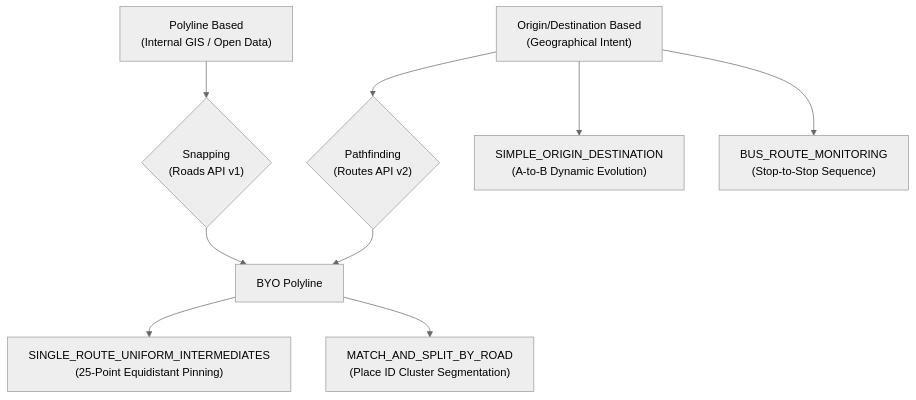
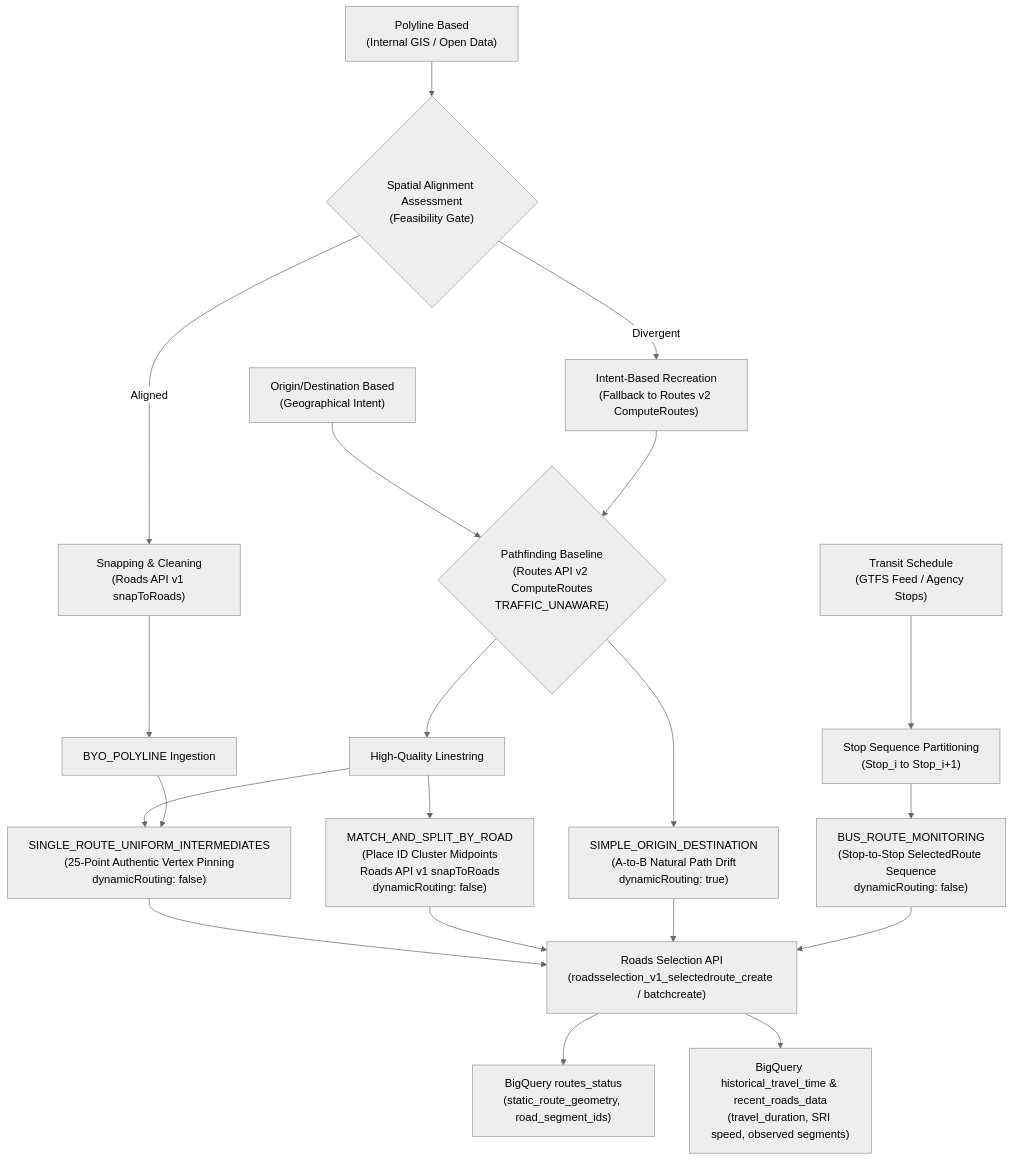
The first of 2 diagrams in roads_management_insights/.agents/skills/rmi-routesetting/SKILL.md (googlemaps-samples/insights-samples), drawn with Mermaid (neutral theme) before and after one commit. The commit also changed other lines of this file and 6 other files, not shown here.

````diff
--- a/roads_management_insights/.agents/skills/rmi-routesetting/SKILL.md
+++ b/roads_management_insights/.agents/skills/rmi-routesetting/SKILL.md
@@ -16,16 +16,31 @@
 ```mermaid
 graph TD
     %% Entry Points
-    EntryPL["Polyline Based<br/>(Internal GIS / Open Data)"] --> Snapping{"Snapping<br/>(Roads API v1)"}
-    EntryOD["Origin/Destination Based<br/>(Geographical Intent)"] --> Pathfinding{"Pathfinding<br/>(Routes API v2)"}
+    EntryPL["Polyline Based<br/>(Internal GIS / Open Data)"] --> Feasibility{"Spatial Alignment Assessment<br/>(Feasibility Gate)"}
+    EntryOD["Origin/Destination Based<br/>(Geographical Intent)"] --> Pathfinding{"Pathfinding Baseline<br/>(Routes API v2 ComputeRoutes<br/>TRAFFIC_UNAWARE)"}
+    EntryTransit["Transit Schedule<br/>(GTFS Feed / Agency Stops)"] --> BusHops["Stop Sequence Partitioning<br/>(Stop_i to Stop_i+1)"]
 
-    %% Intermediate Processing
-    Snapping --> BYOPLY["BYO Polyline"]
-    Pathfinding --> BYOPLY
+    %% Intermediate Processing & Fallback
+    Feasibility -- "Aligned" --> Snapping["Snapping & Cleaning<br/>(Roads API v1 snapToRoads)"]
+    Feasibility -- "Divergent" --> FallbackIntent["Intent-Based Recreation<br/>(Fallback to Routes v2 ComputeRoutes)"]
+    FallbackIntent --> Pathfinding
+    Snapping --> BYOPLY["BYO_POLYLINE Ingestion"]
+    Pathfinding --> RouteGeom["High-Quality Linestring"]
 
-    %% Primary Registration Approaches (The "Outputs")
-    BYOPLY --> SplitDistance["SINGLE_ROUTE_UNIFORM_INTERMEDIATES<br/>(25-Point Equidistant Pinning)"]
-    BYOPLY --> SplitRoad["MATCH_AND_SPLIT_BY_ROAD<br/>(Place ID Cluster Segmentation)"]
-    EntryOD --> OD["SIMPLE_ORIGIN_DESTINATION<br/>(A-to-B Dynamic Evolution)"]
-    EntryOD --> BusSeq["BUS_ROUTE_MONITORING<br/>(Stop-to-Stop Sequence)"]
+    %% Primary Registration Strategies (The Outputs)
+    RouteGeom --> SplitDistance["SINGLE_ROUTE_UNIFORM_INTERMEDIATES<br/>(25-Point Authentic Vertex Pinning<br/>dynamicRouting: false)"]
+    RouteGeom --> SplitRoad["MATCH_AND_SPLIT_BY_ROAD<br/>(Place ID Cluster Midpoints<br/>Roads API v1 snapToRoads<br/>dynamicRouting: false)"]
+    Pathfinding --> OD["SIMPLE_ORIGIN_DESTINATION<br/>(A-to-B Natural Path Drift<br/>dynamicRouting: true)"]
+    BusHops --> BusSeq["BUS_ROUTE_MONITORING<br/>(Stop-to-Stop SelectedRoute Sequence<br/>dynamicRouting: false)"]
+    BYOPLY --> SplitDistance
+
+    %% Registration Gate
+    SplitDistance --> Registration["Roads Selection API<br/>(roadsselection_v1_selectedroute_create / batchcreate)"]
+    SplitRoad --> Registration
+    OD --> Registration
+    BusSeq --> Registration
+
+    %% BigQuery Telemetry Storage
+    Registration --> BQStatus["BigQuery routes_status<br/>(static_route_geometry, road_segment_ids)"]
+    Registration --> BQTelemetry["BigQuery historical_travel_time & recent_roads_data<br/>(travel_duration, SRI speed, observed segments)"]
 ```
````
